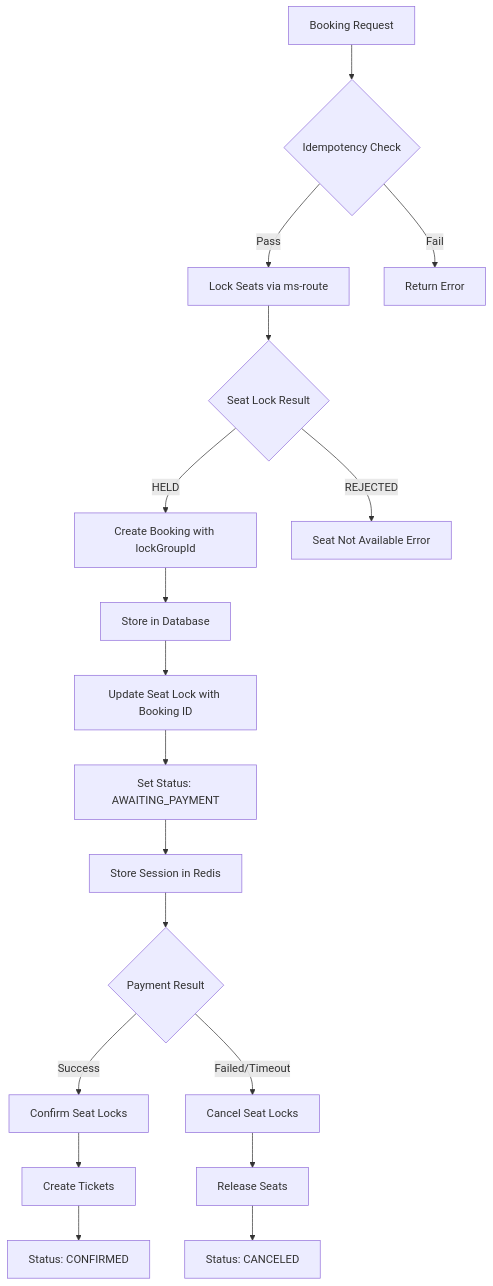
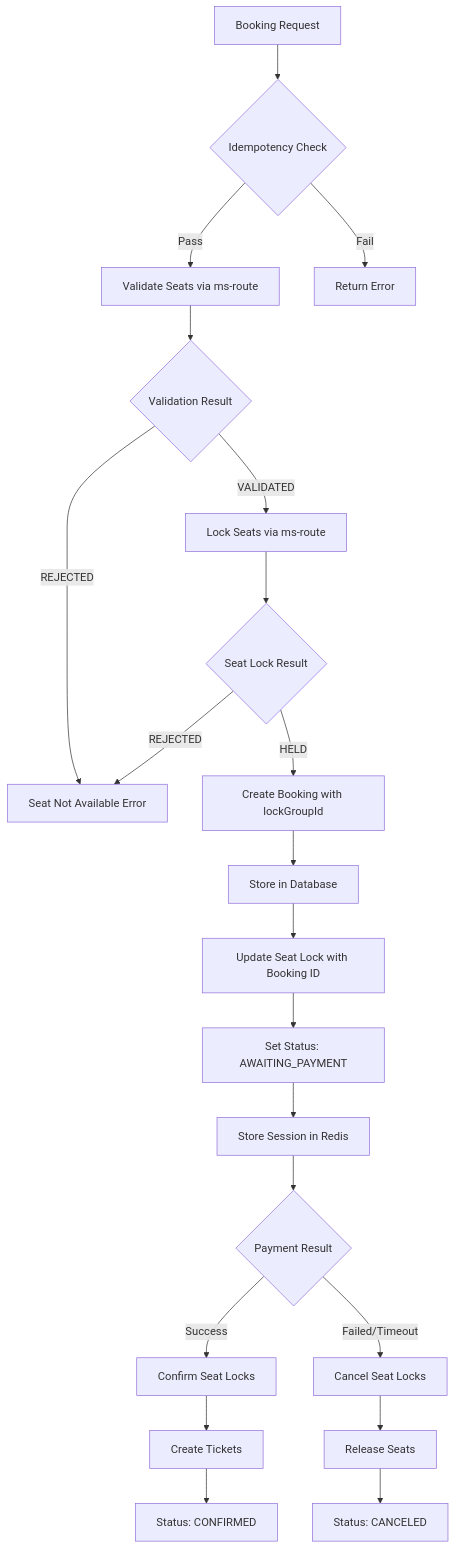
Before and after one commit to phungle2508/ridehub: the third of 7 diagrams in backend/ms_route/booking-payment-schedule-flow.md, drawn with Mermaid. The commit also changed other lines of this file and 6 other files, not shown here.

First line of the commit message:
docs: restructure booking flow to separate seat validation from pricing

````diff
--- a/backend/ms_route/booking-payment-schedule-flow.md
+++ b/backend/ms_route/booking-payment-schedule-flow.md
@@ -139,25 +145,29 @@
 ```mermaid
 flowchart TD
     A[Booking Request] --> B{Idempotency Check}
-    B -->|Pass| C[Lock Seats via ms-route]
+    B -->|Pass| C[Validate Seats via ms-route]
     B -->|Fail| D[Return Error]
     
-    C --> E{Seat Lock Result}
-    E -->|HELD| F[Create Booking with lockGroupId]
+    C --> E{Validation Result}
+    E -->|VALIDATED| F[Lock Seats via ms-route]
     E -->|REJECTED| G[Seat Not Available Error]
     
-    F --> H[Store in Database]
-    H --> I[Update Seat Lock with Booking ID]
-    I --> J[Set Status: AWAITING_PAYMENT]
-    J --> K[Store Session in Redis]
+    F --> H{Seat Lock Result}
+    H -->|HELD| I[Create Booking with lockGroupId]
+    H -->|REJECTED| G
     
-    K --> L{Payment Result}
-    L -->|Success| M[Confirm Seat Locks]
-    L -->|Failed/Timeout| N[Cancel Seat Locks]
+    I --> J[Store in Database]
+    J --> K[Update Seat Lock with Booking ID]
+    K --> L[Set Status: AWAITING_PAYMENT]
+    L --> M[Store Session in Redis]
     
-    M --> O[Create Tickets]
-    N --> P[Release Seats]
+    M --> N{Payment Result}
+    N -->|Success| O[Confirm Seat Locks]
+    N -->|Failed/Timeout| P[Cancel Seat Locks]
     
-    O --> Q[Status: CONFIRMED]
-    P --> R[Status: CANCELED]
+    O --> Q[Create Tickets]
+    P --> R[Release Seats]
+    
+    Q --> S[Status: CONFIRMED]
+    R --> T[Status: CANCELED]
 ```
````
